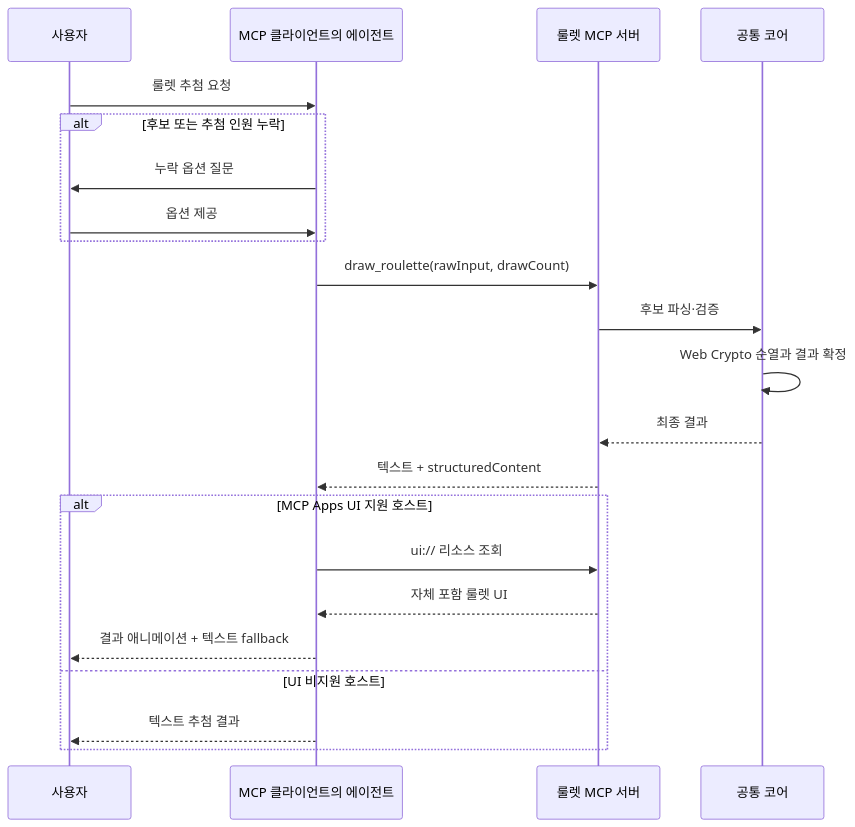
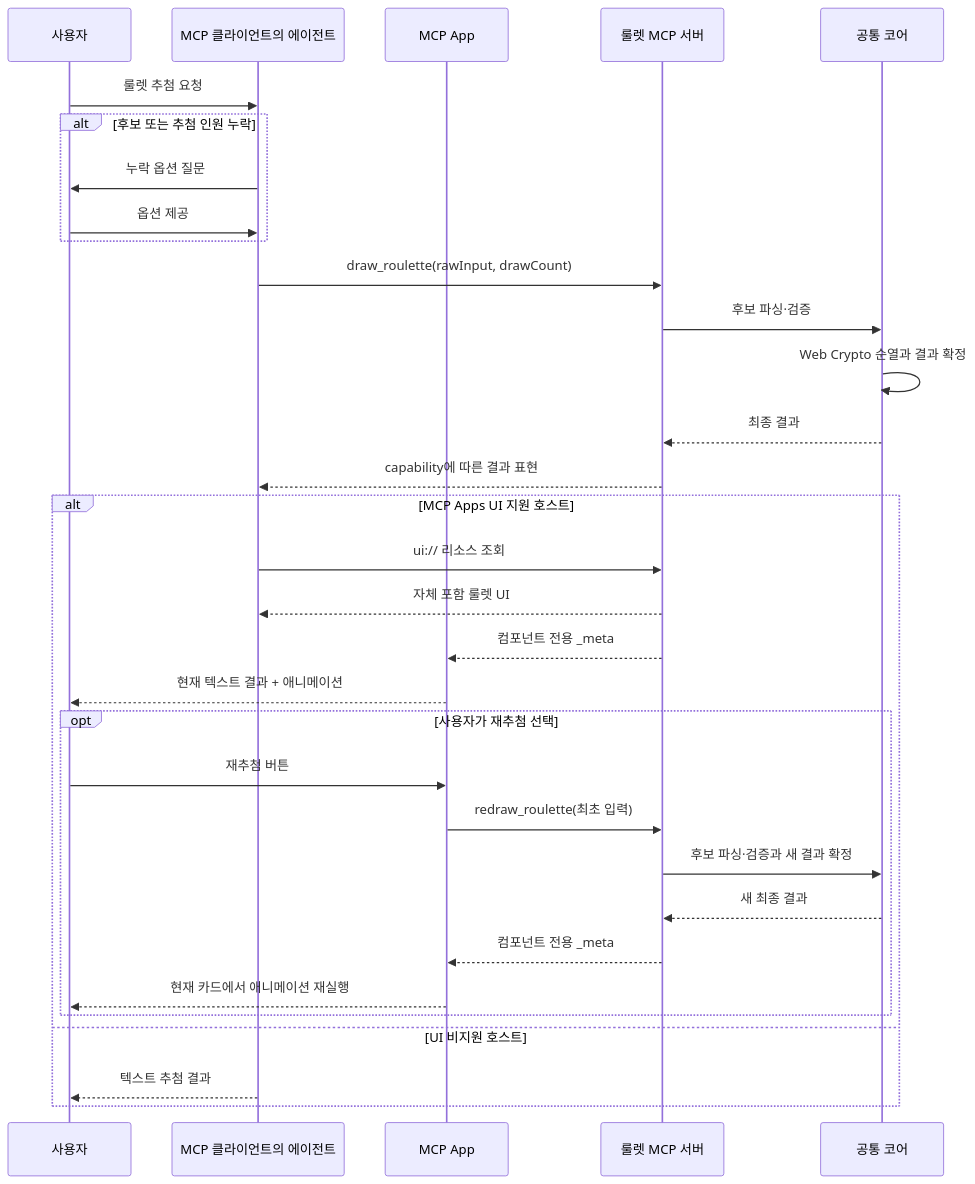
Before and after one commit to tinywolf/roulette: the second of 2 diagrams in docs/feature/remote-mcp/SPEC.md, drawn with Mermaid. The commit also changed other lines of this file and 25 other files, not shown here.

Commit message:
MCP App 재추첨과 결과 전달 호환성 개선

````diff
--- a/docs/feature/remote-mcp/SPEC.md
+++ b/docs/feature/remote-mcp/SPEC.md
@@ -371,25 +385,35 @@
 ```mermaid
 sequenceDiagram
     participant U as 사용자
     participant A as MCP 클라이언트의 에이전트
+    participant UI as MCP App
     participant M as 룰렛 MCP 서버
     participant C as 공통 코어
 
     U->>A: 룰렛 추첨 요청
     alt 후보 또는 추첨 인원 누락
         A->>U: 누락 옵션 질문
         U->>A: 옵션 제공
     end
     A->>M: draw_roulette(rawInput, drawCount)
     M->>C: 후보 파싱·검증
     C->>C: Web Crypto 순열과 결과 확정
     C-->>M: 최종 결과
-    M-->>A: 텍스트 + structuredContent
+    M-->>A: capability에 따른 결과 표현
     alt MCP Apps UI 지원 호스트
         A->>M: ui:// 리소스 조회
         M-->>A: 자체 포함 룰렛 UI
-        A-->>U: 결과 애니메이션 + 텍스트 fallback
+        M-->>UI: 컴포넌트 전용 _meta
+        UI-->>U: 현재 텍스트 결과 + 애니메이션
+        opt 사용자가 재추첨 선택
+            U->>UI: 재추첨 버튼
+            UI->>M: redraw_roulette(최초 입력)
+            M->>C: 후보 파싱·검증과 새 결과 확정
+            C-->>M: 새 최종 결과
+            M-->>UI: 컴포넌트 전용 _meta
+            UI-->>U: 현재 카드에서 애니메이션 재실행
+        end
     else UI 비지원 호스트
         A-->>U: 텍스트 추첨 결과
     end
 ```
````
